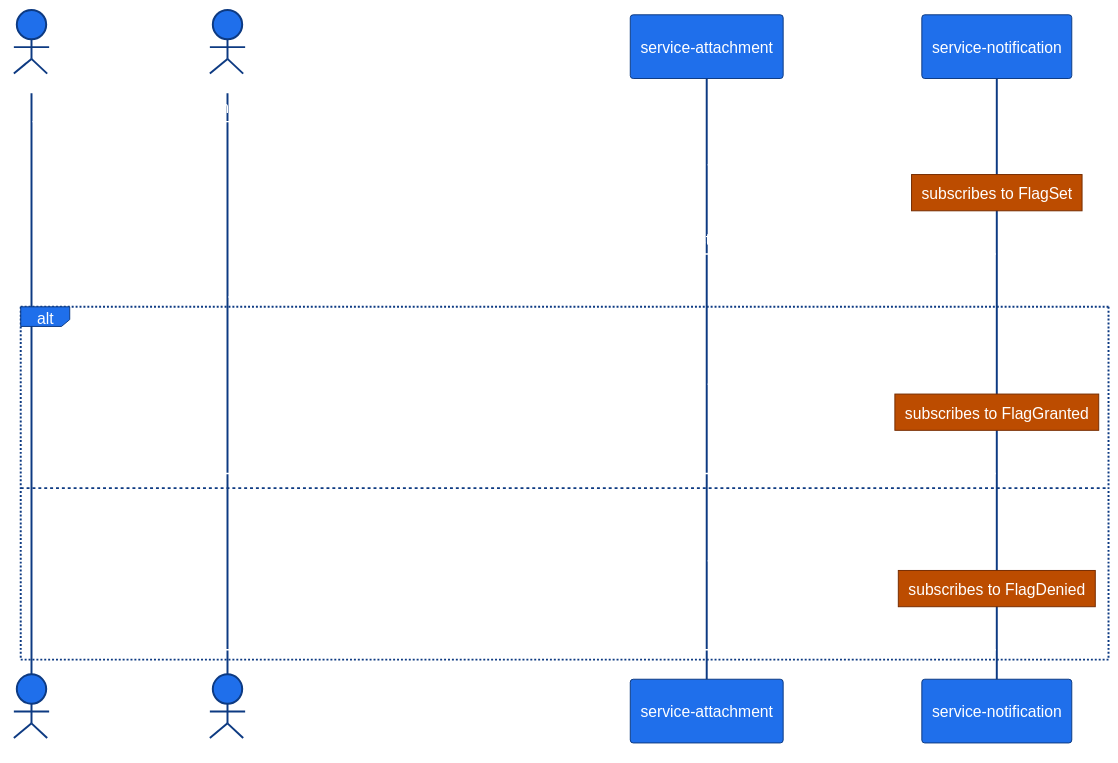
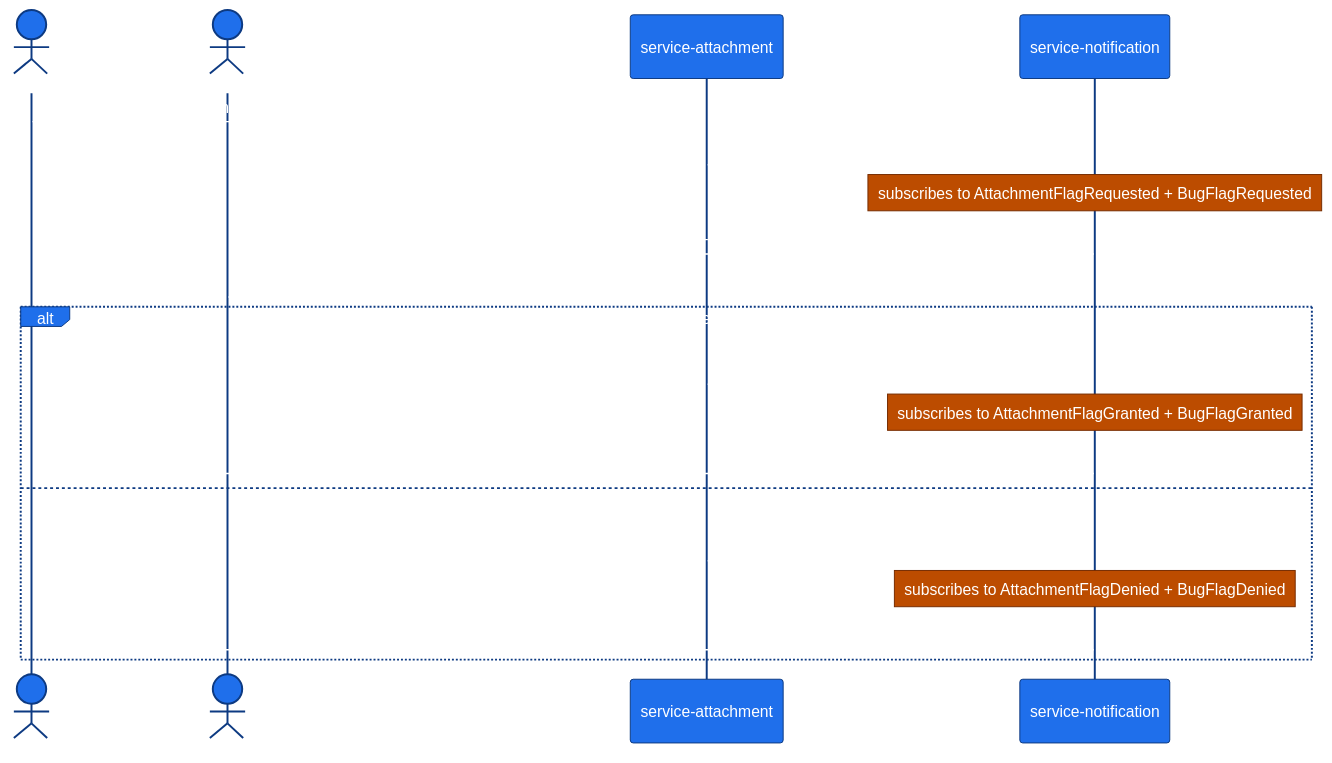
The fifth of 5 diagrams in workflows/workflow-flag-review-approval.md (josh289/discovery-docs-example), drawn with Mermaid before and after one commit. The commit also changed other lines of this file and 17 other files, not shown here.

````diff
--- a/workflows/workflow-flag-review-approval.md
+++ b/workflows/workflow-flag-review-approval.md
@@ -233,37 +233,37 @@
 ```mermaid
 %%{init: {'theme':'base', 'themeVariables': {
   'primaryColor':'#1f6feb',
   'primaryTextColor':'#ffffff',
   'primaryBorderColor':'#0d3a82',
   'lineColor':'#7d8590',
   'actorBkg':'#1f6feb',
   'actorTextColor':'#ffffff',
   'actorBorder':'#0d3a82',
   'noteBkgColor':'#bc4c00',
   'noteTextColor':'#ffffff',
   'noteBorderColor':'#762c00',
   'sequenceNumberColor':'#ffffff',
   'background':'transparent'
 }}}%%
 sequenceDiagram
     actor Setter
     actor Reviewer
     participant Attach as service-attachment
     participant Notify as service-notification
 
     Setter->>Attach: attachment.Commands.SetAttachmentFlag(status='?', requestee=userId)
-    Attach-->>Notify: attachment.Events.FlagSet
-    Note over Notify: subscribes to FlagSet
+    Attach-->>Notify: attachment.Events.AttachmentFlagRequested
+    Note over Notify: subscribes to AttachmentFlagRequested + BugFlagRequested
     Notify->>Reviewer: email to requestee + CC list
 
     Reviewer->>Attach: attachment.Commands.SetAttachmentFlag(status='+' or '-')
     alt Granted
-        Attach-->>Notify: attachment.Events.FlagGranted
-        Note over Notify: subscribes to FlagGranted
+        Attach-->>Notify: attachment.Events.AttachmentFlagGranted
+        Note over Notify: subscribes to AttachmentFlagGranted + BugFlagGranted
         Notify->>Setter: email to setter + CC list
     else Denied
-        Attach-->>Notify: attachment.Events.FlagDenied
-        Note over Notify: subscribes to FlagDenied
+        Attach-->>Notify: attachment.Events.AttachmentFlagDenied
+        Note over Notify: subscribes to AttachmentFlagDenied + BugFlagDenied
         Notify->>Setter: email to setter + CC list
     end
 ```
````
